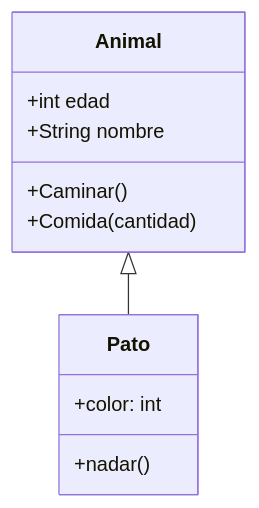
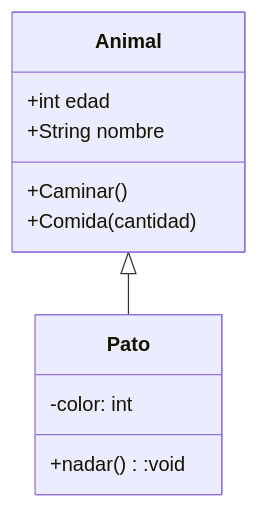
The diagram in README.md (ealejor/PERSISTENCIA-JAVA), drawn with Mermaid before and after one commit.

````diff
--- a/README.md
+++ b/README.md
@@ -4,16 +4,16 @@
 ```mermaid
 classDiagram
     class Animal
     Animal : +int edad
     Animal : +String nombre
     Animal : +Caminar()
     Animal : +Comida(cantidad)
     
     class Pato{
-        +color: int
-        +nadar()
+        -color: int
+        +nadar():void
     }
     
     Animal <|-- Pato
     
 ```
````
